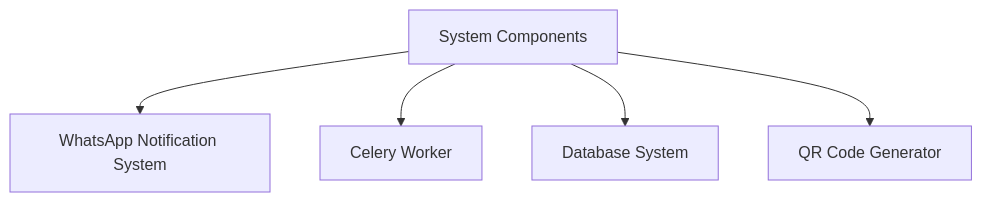
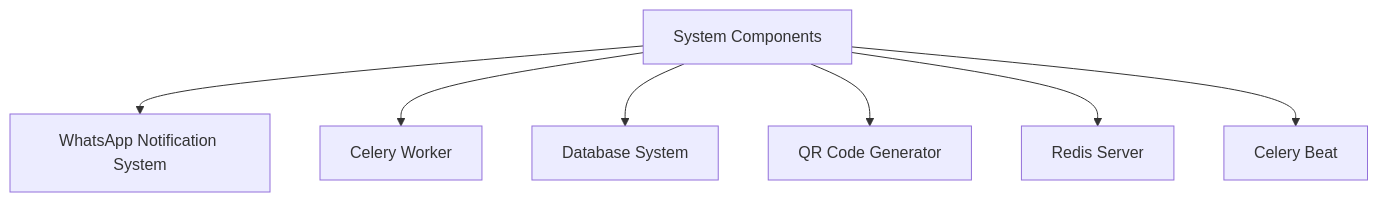
One commit to agpascoe/keryu3 changed the second of 15 diagrams in technical_spec.md. Above: the diagram before and after it, drawn with Mermaid. The commit also changed other lines of this file and 55 other files, not shown here.

````diff
--- a/technical_spec.md
+++ b/technical_spec.md
@@ -23,7 +23,9 @@
    ```mermaid
    graph TD
        A[System Components] --> B[WhatsApp Notification System]
        A --> C[Celery Worker]
        A --> D[Database System]
        A --> E[QR Code Generator]
+       A --> F[Redis Server]
+       A --> G[Celery Beat]
    ```
````
